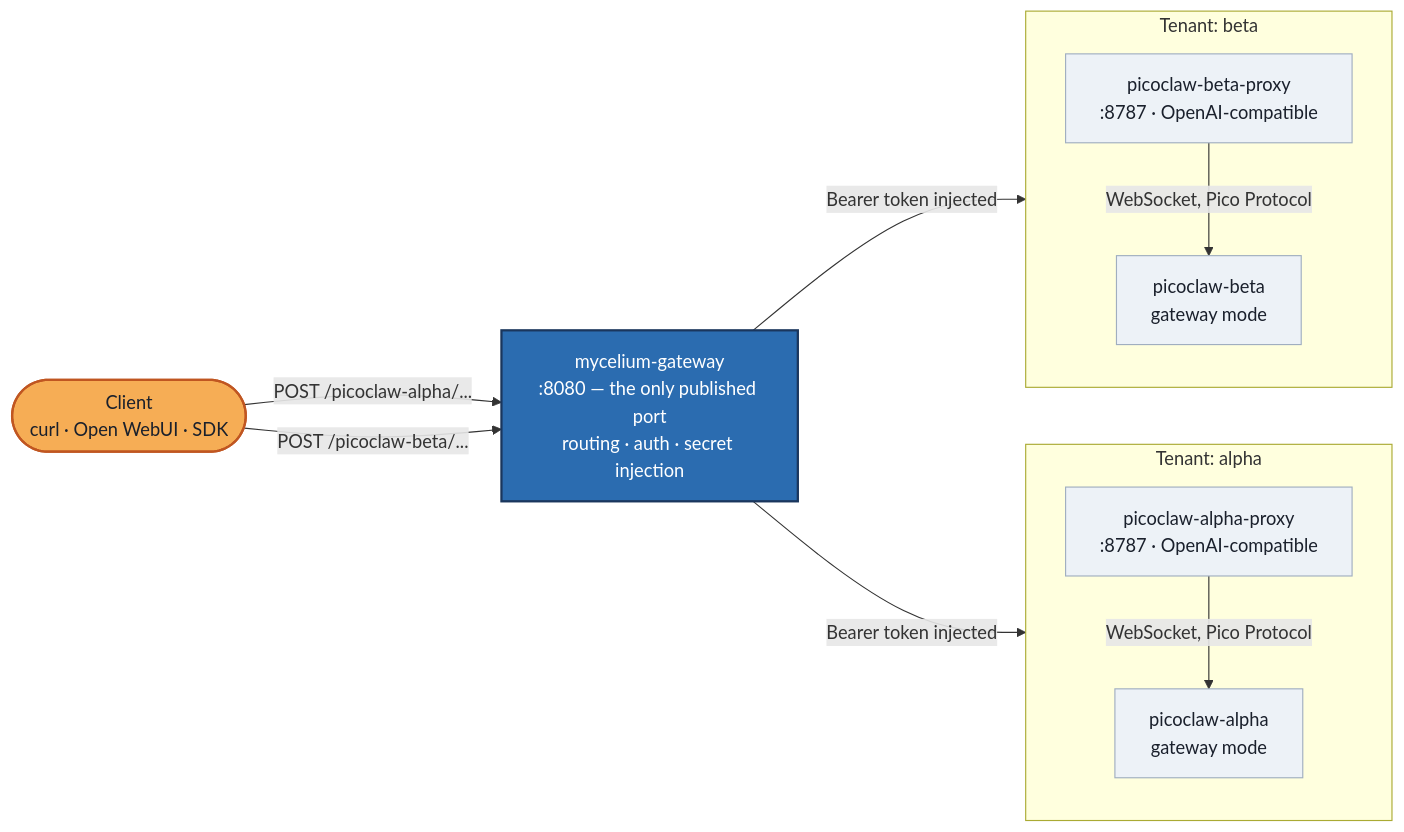
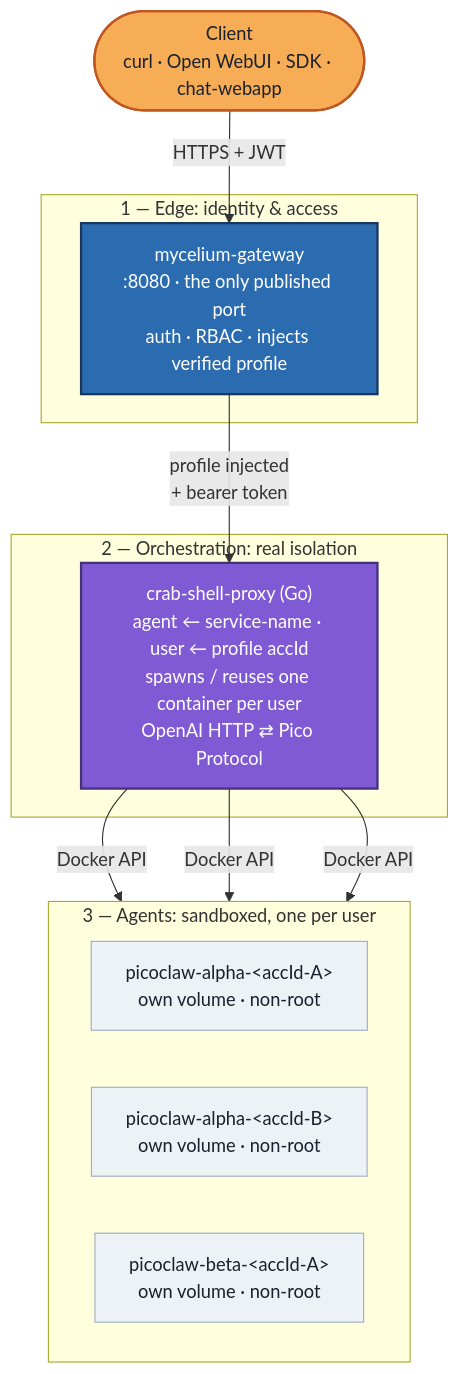
The diagram in README.md (LepistaBioinformatics/zombie-crab-project), drawn with Mermaid before and after one commit. The commit also changed other lines of this file and 1 other file, not shown here.

First line of the commit message:
Rewrite monorepo README around the three-layer structure and real isolation

````diff
--- a/README.md
+++ b/README.md
@@ -38,32 +42,34 @@
 ```mermaid
-flowchart LR
-    client(["Client<br/>curl · Open WebUI · SDK"])
+flowchart TB
+    client(["Client<br/>curl · Open WebUI · SDK · chat-webapp"])
 
-    myc["mycelium-gateway<br/>:8080 — the only published port<br/>routing · auth · secret injection"]
-
-    subgraph alpha [Tenant: alpha]
-        direction TB
-        proxyA["picoclaw-alpha-proxy<br/>:8787 · OpenAI-compatible"]
-        pcA["picoclaw-alpha<br/>gateway mode"]
-        proxyA -->|WebSocket, Pico Protocol| pcA
+    subgraph edge [1 — Edge: identity & access]
+        myc["mycelium-gateway<br/>:8080 · the only published port<br/>auth · RBAC · injects verified profile"]
     end
 
-    subgraph beta [Tenant: beta]
-        direction TB
-        proxyB["picoclaw-beta-proxy<br/>:8787 · OpenAI-compatible"]
-        pcB["picoclaw-beta<br/>gateway mode"]
-        proxyB -->|WebSocket, Pico Protocol| pcB
+    subgraph orch [2 — Orchestration: real isolation]
+        crab["crab-shell-proxy (Go)<br/>agent ← service-name · user ← profile accId<br/>spawns / reuses one container per user<br/>OpenAI HTTP ⇄ Pico Protocol"]
     end
 
-    client -->|POST /picoclaw-alpha/...| myc
-    client -->|POST /picoclaw-beta/...| myc
-    myc -->|Bearer token injected| proxyA
-    myc -->|Bearer token injected| proxyB
+    subgraph agents [3 — Agents: sandboxed, one per user]
+        direction LR
+        u1["picoclaw-alpha-&lt;accId-A&gt;<br/>own volume · non-root"]
+        u2["picoclaw-alpha-&lt;accId-B&gt;<br/>own volume · non-root"]
+        u3["picoclaw-beta-&lt;accId-A&gt;<br/>own volume · non-root"]
+    end
 
-    classDef gateway fill:#2b6cb0,color:#ffffff,stroke:#1a365d,stroke-width:2px;
+    client -->|HTTPS + JWT| myc
+    myc -->|profile injected<br/>+ bearer token| crab
+    crab -->|Docker API| u1
+    crab -->|Docker API| u2
+    crab -->|Docker API| u3
+
+    classDef gateway fill:#2b6cb0,color:#fff,stroke:#1a365d,stroke-width:2px;
+    classDef orchStyle fill:#805ad5,color:#fff,stroke:#44337a,stroke-width:2px;
     classDef clientStyle fill:#f6ad55,color:#1a202c,stroke:#c05621,stroke-width:2px;
-    classDef tenant fill:#edf2f7,stroke:#a0aec0,color:#1a202c;
+    classDef agentStyle fill:#edf2f7,stroke:#a0aec0,color:#1a202c;
     class myc gateway;
+    class crab orchStyle;
     class client clientStyle;
-    class proxyA,pcA,proxyB,pcB tenant;
+    class u1,u2,u3 agentStyle;
 ```
````
